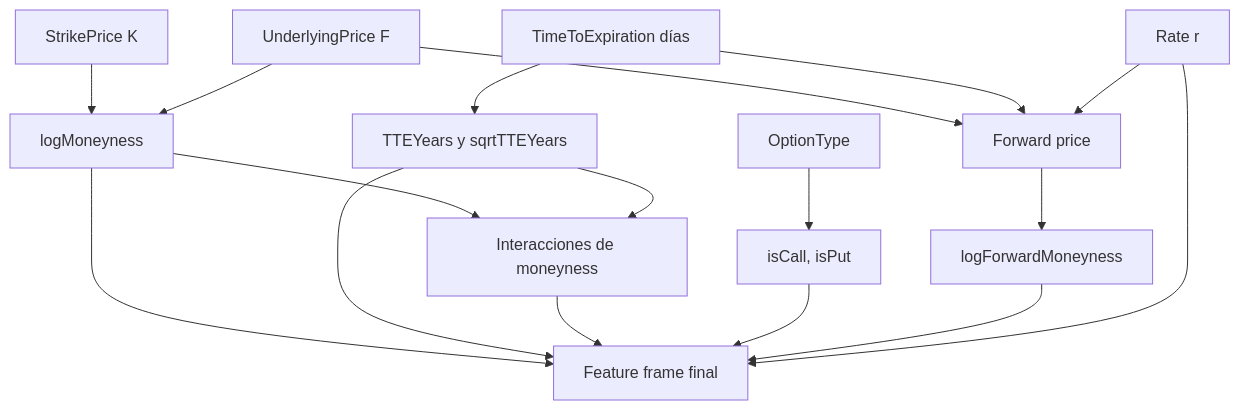
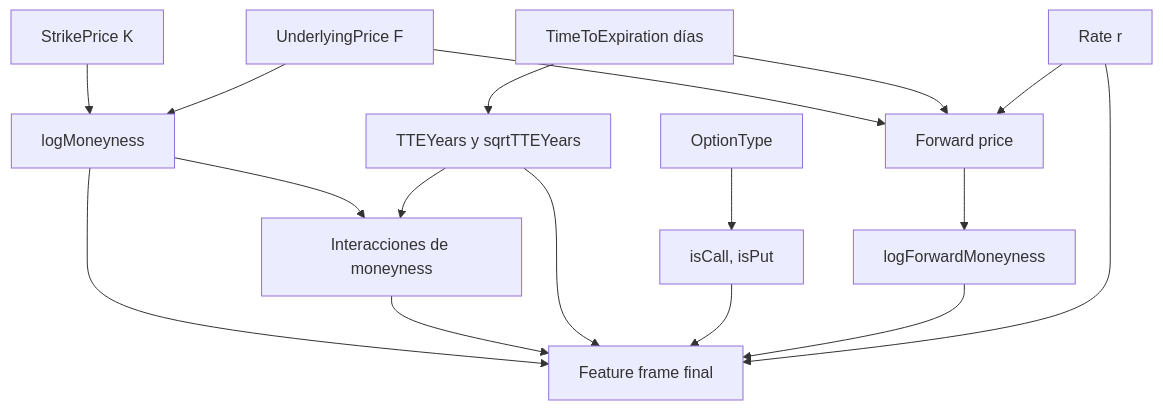
The first of 2 diagrams in doc/docs/models/features.md (epiblasfunds/options-pricing), drawn with Mermaid before and after one commit. The commit also changed other lines of this file and 19 other files, not shown here.

````diff
--- a/doc/docs/models/features.md
+++ b/doc/docs/models/features.md
@@ -5,19 +5,19 @@
 ```mermaid
 flowchart TD
     A[OptionType] --> H[isCall, isPut]
     B[StrikePrice K] --> E[logMoneyness]
     C[UnderlyingPrice F] --> E
     D[TimeToExpiration días] --> F[TTEYears y sqrtTTEYears]
     E --> G[Interacciones de moneyness]
     F --> G
     C --> I[Forward price]
     D --> I
     J[Rate r] --> I
     I --> K[logForwardMoneyness]
     E --> L[Feature frame final]
+    G --> L
     F --> L
-    G --> L
     H --> L
     K --> L
     J --> L
 ```
````
